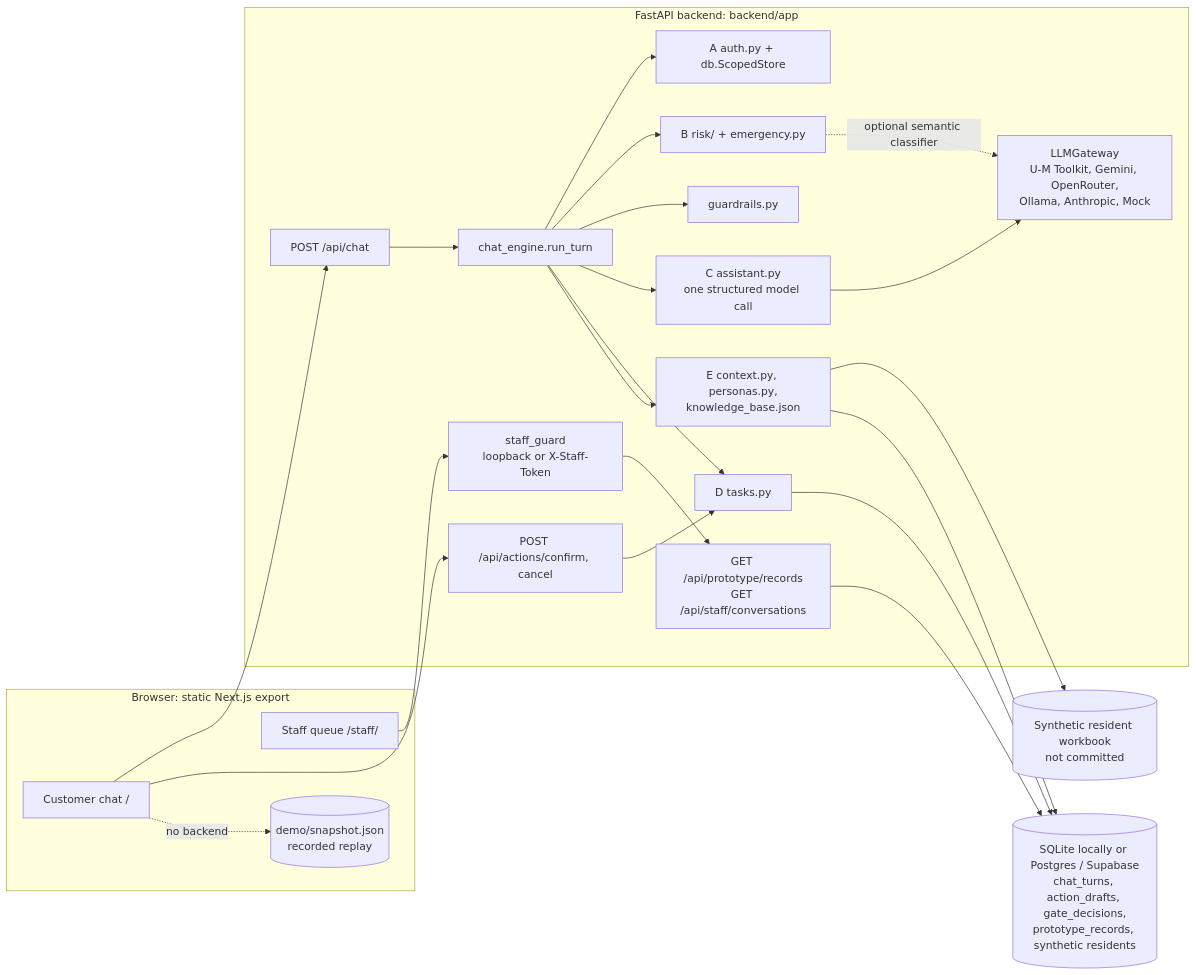
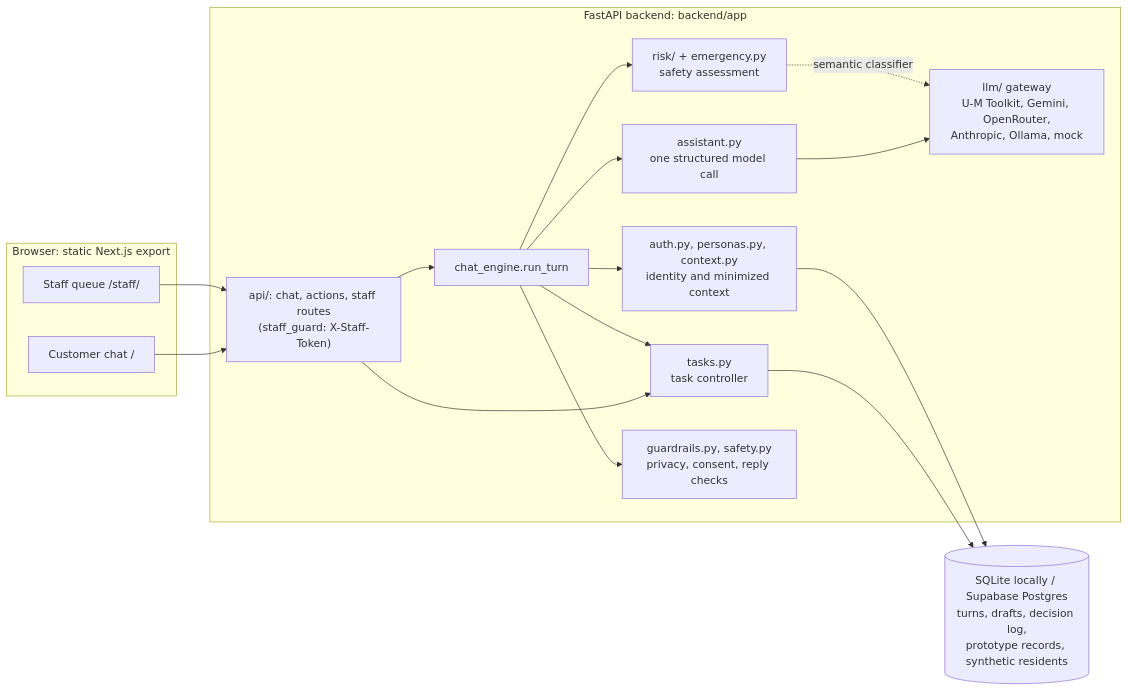
Before and after one commit to Ross-Business-Tech/McKinley-Project-1: the diagram in docs/ARCHITECTURE.md, drawn with Mermaid. The commit also changed other lines of this file and 6 other files, not shown here.

````diff
--- a/docs/ARCHITECTURE.md
+++ b/docs/ARCHITECTURE.md
@@ -10,41 +15,29 @@
 ```mermaid
 flowchart LR
   subgraph Browser["Browser: static Next.js export"]
     CV["Customer chat /"]
     SC["Staff queue /staff/"]
-    SNAP[("demo/snapshot.json<br/>recorded replay")]
   end
   subgraph API["FastAPI backend: backend/app"]
-    CHAT["POST /api/chat"]
-    ACT["POST /api/actions/confirm, cancel"]
-    REC["GET /api/prototype/records<br/>GET /api/staff/conversations"]
-    GUARD["staff_guard<br/>loopback or X-Staff-Token"]
+    ROUTES["api/: chat, actions, staff routes<br/>(staff_guard: X-Staff-Token)"]
     ENG["chat_engine.run_turn"]
-    AUTH["A auth.py + db.ScopedStore"]
-    RISK["B risk/ + emergency.py"]
-    ASSIST["C assistant.py<br/>one structured model call"]
-    GR["guardrails.py"]
-    TASKS["D tasks.py"]
-    TOOLS["E context.py, personas.py,<br/>knowledge_base.json"]
-    LLM["LLMGateway<br/>U-M Toolkit, Gemini, OpenRouter,<br/>Ollama, Anthropic, Mock"]
+    ID["auth.py, personas.py, context.py<br/>identity and minimized context"]
+    RISK["risk/ + emergency.py<br/>safety assessment"]
+    ASSIST["assistant.py<br/>one structured model call"]
+    TASKS["tasks.py<br/>task controller"]
+    GR["guardrails.py, safety.py<br/>privacy, consent, reply checks"]
+    LLM["llm/ gateway<br/>U-M Toolkit, Gemini, OpenRouter,<br/>Anthropic, Ollama, mock"]
   end
-  DB[("SQLite locally or Postgres / Supabase<br/>chat_turns, action_drafts, gate_decisions,<br/>prototype_records, synthetic residents")]
-  XLSX[("Synthetic resident workbook<br/>not committed")]
-  CV --> CHAT
-  CV --> ACT
-  CV -. "no backend" .-> SNAP
-  SC --> GUARD --> REC
-  CHAT --> ENG
-  ACT --> TASKS
-  ENG --> AUTH
+  DB[("SQLite locally / Supabase Postgres<br/>turns, drafts, decision log,<br/>prototype records, synthetic residents")]
+  CV --> ROUTES
+  SC --> ROUTES
+  ROUTES --> ENG
+  ROUTES --> TASKS
+  ENG --> ID
   ENG --> RISK
   ENG --> GR
   ENG --> ASSIST --> LLM
-  RISK -. "optional semantic classifier" .-> LLM
-  ENG --> TASKS
-  ENG --> TOOLS
-  TOOLS --> XLSX
-  TOOLS --> DB
-  TASKS --> DB
-  REC --> DB
+  RISK -. "semantic classifier" .-> LLM
+  ENG --> TASKS --> DB
+  ID --> DB
 ```
````
